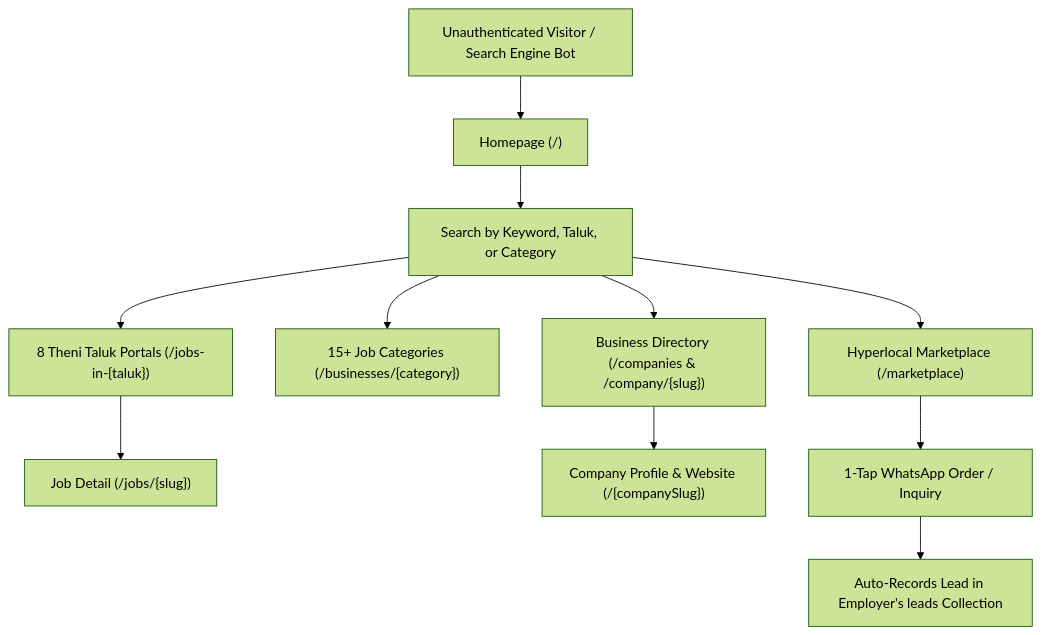
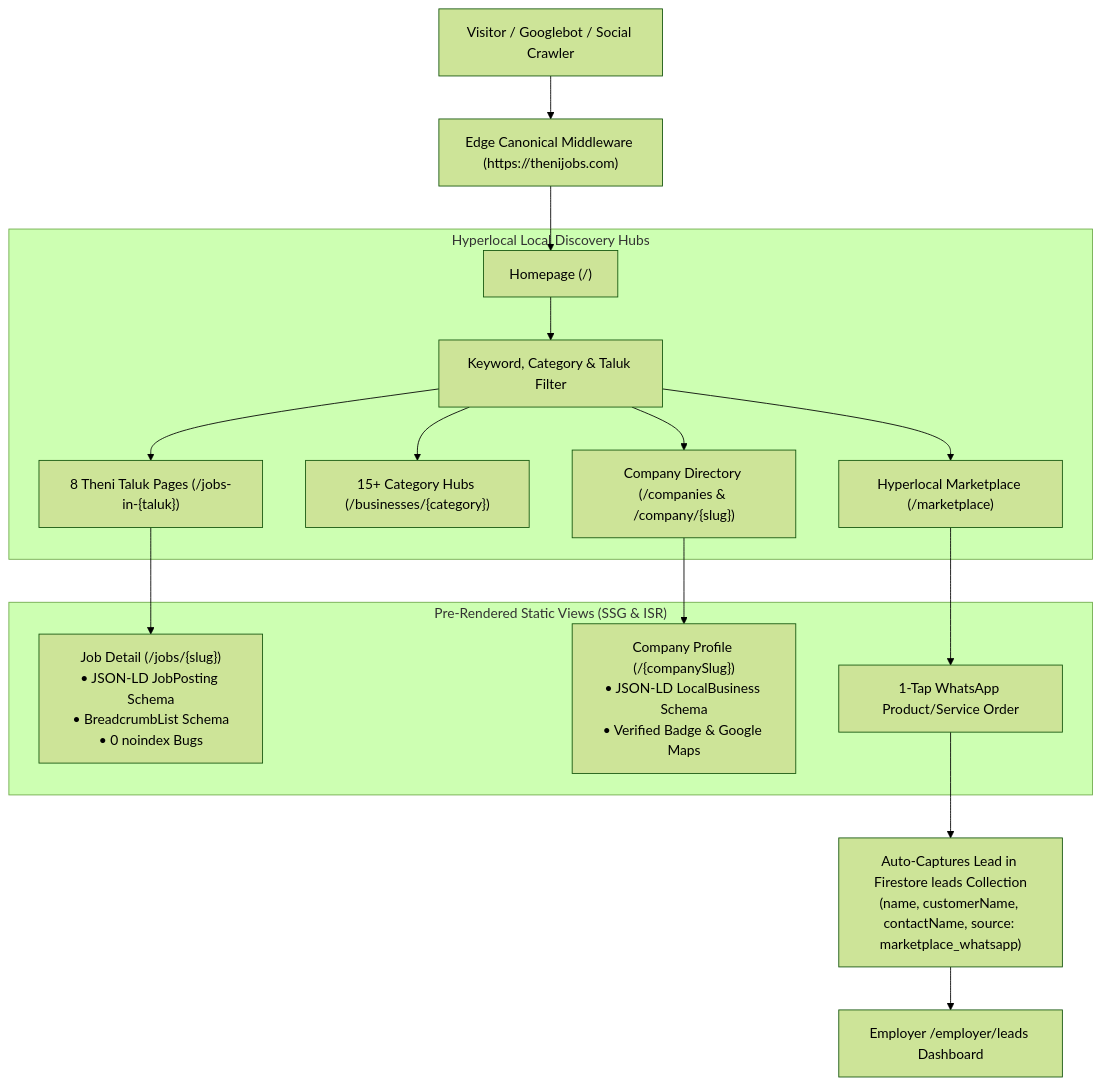
The fourth of 13 diagrams in WORKFLOW.md (SRIESWARAN01/thenijobs-web), drawn with Mermaid (forest theme) before and after one commit. The commit also changed other lines of this file and 3 other files, not shown here.

Commit message:
docs(workflow): master system architecture, complete mermaid diagrams, and end-to-end validation test suite

````diff
--- a/WORKFLOW.md
+++ b/WORKFLOW.md
@@ -125,13 +207,22 @@
 ```mermaid
 flowchart TD
-    Visitor[Unauthenticated Visitor / Search Engine Bot] --> Home["Homepage (/)"]
-    Home --> HeroSearch[Search by Keyword, Taluk, or Category]
-    HeroSearch --> Taluks["8 Theni Taluk Portals (/jobs-in-{taluk})"]
-    HeroSearch --> Categories["15+ Job Categories (/businesses/{category})"]
-    HeroSearch --> BusinessDir["Business Directory (/companies & /company/{slug})"]
-    HeroSearch --> Marketplace["Hyperlocal Marketplace (/marketplace)"]
-    Taluks --> JobDetail["Job Detail (/jobs/{slug})"]
-    BusinessDir --> CompanyPage["Company Profile & Website (/{companySlug})"]
-    Marketplace --> WAOrder["1-Tap WhatsApp Order / Inquiry"]
-    WAOrder --> InboundLead["Auto-Records Lead in Employer's leads Collection"]
+    Visitor[Visitor / Googlebot / Social Crawler] --> Edge["Edge Canonical Middleware (https://thenijobs.com)"]
+    Edge --> Home["Homepage (/)"]
+    
+    subgraph DiscoveryHubs["Hyperlocal Local Discovery Hubs"]
+        Home --> SearchBar[Keyword, Category & Taluk Filter]
+        SearchBar --> TalukPages["8 Theni Taluk Pages (/jobs-in-{taluk})"]
+        SearchBar --> CategoryPages["15+ Category Hubs (/businesses/{category})"]
+        SearchBar --> CompanyDir["Company Directory (/companies & /company/{slug})"]
+        SearchBar --> MarketHub["Hyperlocal Marketplace (/marketplace)"]
+    end
+
+    subgraph PreRenderedViews["Pre-Rendered Static Views (SSG & ISR)"]
+        TalukPages --> JobDetail["Job Detail (/jobs/{slug})\n• JSON-LD JobPosting Schema\n• BreadcrumbList Schema\n• 0 noindex Bugs"]
+        CompanyDir --> CompanyPage["Company Profile (/{companySlug})\n• JSON-LD LocalBusiness Schema\n• Verified Badge & Google Maps"]
+        MarketHub --> WhatsAppInquiry["1-Tap WhatsApp Product/Service Order"]
+    end
+
+    WhatsAppInquiry --> AutoLead["Auto-Captures Lead in Firestore leads Collection\n(name, customerName, contactName, source: marketplace_whatsapp)"]
+    AutoLead --> EmployerCRM["Employer /employer/leads Dashboard"]
 ```
````
